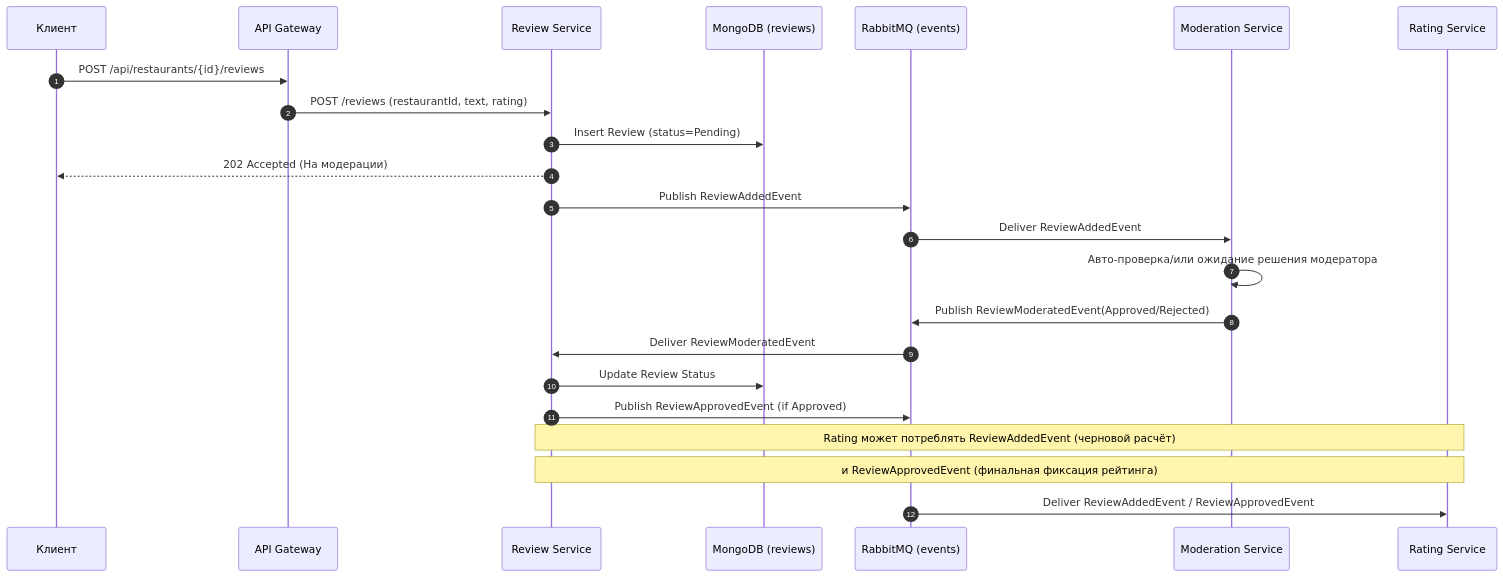
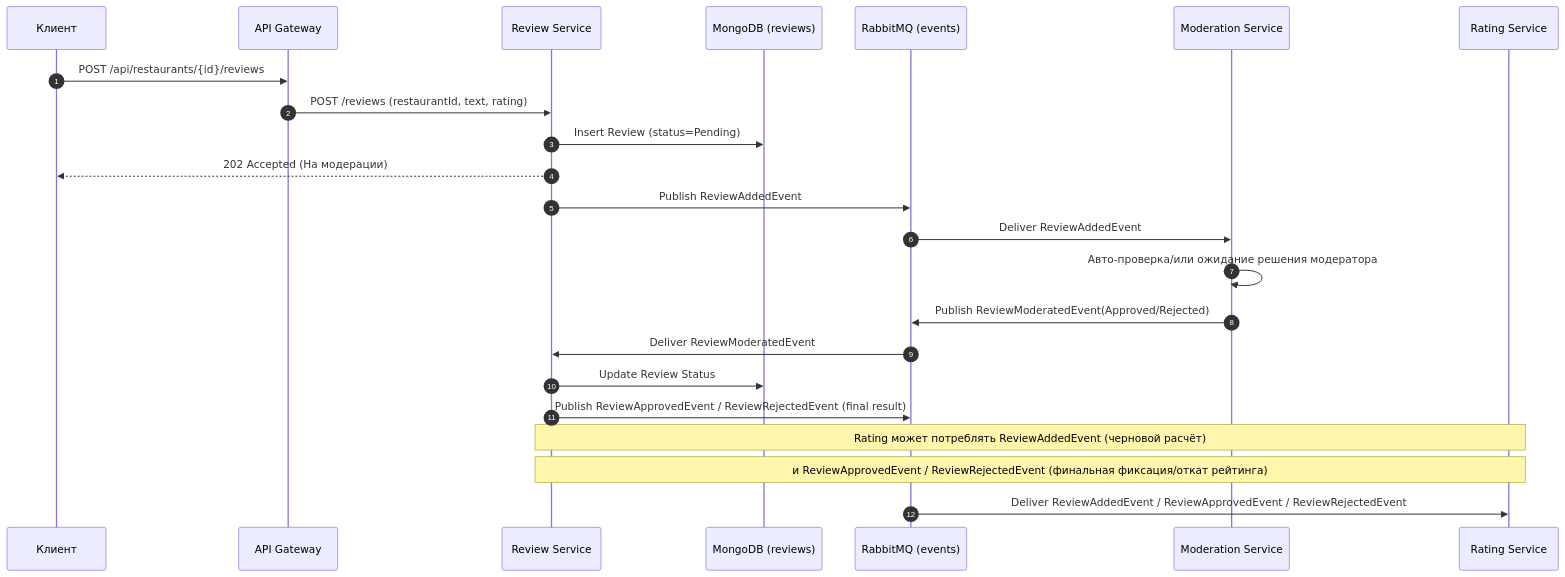
The second of 3 diagrams in docs/services/ReviewService.md (bagermoon/otuscode), drawn with Mermaid before and after one commit. The commit also changed other lines of this file and 2 other files, not shown here.

Commit message:
feat(review): add ReviewRejectedEvent to integration events

````diff
--- a/docs/services/ReviewService.md
+++ b/docs/services/ReviewService.md
@@ -140,29 +140,29 @@
 ```mermaid
 sequenceDiagram
     autonumber
     participant C as Клиент
     participant GW as API Gateway
     participant RV as Review Service
     participant DBR as MongoDB (reviews)
     participant MQ as RabbitMQ (events)
     participant MS as Moderation Service
     participant RT as Rating Service
 
     C->>GW: POST /api/restaurants/{id}/reviews
     GW->>RV: POST /reviews (restaurantId, text, rating)
     RV->>DBR: Insert Review (status=Pending)
     RV-->>C: 202 Accepted (На модерации)
     RV->>MQ: Publish ReviewAddedEvent
 
     MQ->>MS: Deliver ReviewAddedEvent
     MS->>MS: Авто-проверка/или ожидание решения модератора
     MS->>MQ: Publish ReviewModeratedEvent(Approved/Rejected)
 
     MQ->>RV: Deliver ReviewModeratedEvent
     RV->>DBR: Update Review Status
-    RV->>MQ: Publish ReviewApprovedEvent (if Approved)
+    RV->>MQ: Publish ReviewApprovedEvent / ReviewRejectedEvent (final result)
 
     note over RV,RT: Rating может потреблять ReviewAddedEvent (черновой расчёт)
-    note over RV,RT: и ReviewApprovedEvent (финальная фиксация рейтинга)
-    MQ->>RT: Deliver ReviewAddedEvent / ReviewApprovedEvent
+    note over RV,RT: и ReviewApprovedEvent / ReviewRejectedEvent (финальная фиксация/откат рейтинга)
+    MQ->>RT: Deliver ReviewAddedEvent / ReviewApprovedEvent / ReviewRejectedEvent
 ```
````
